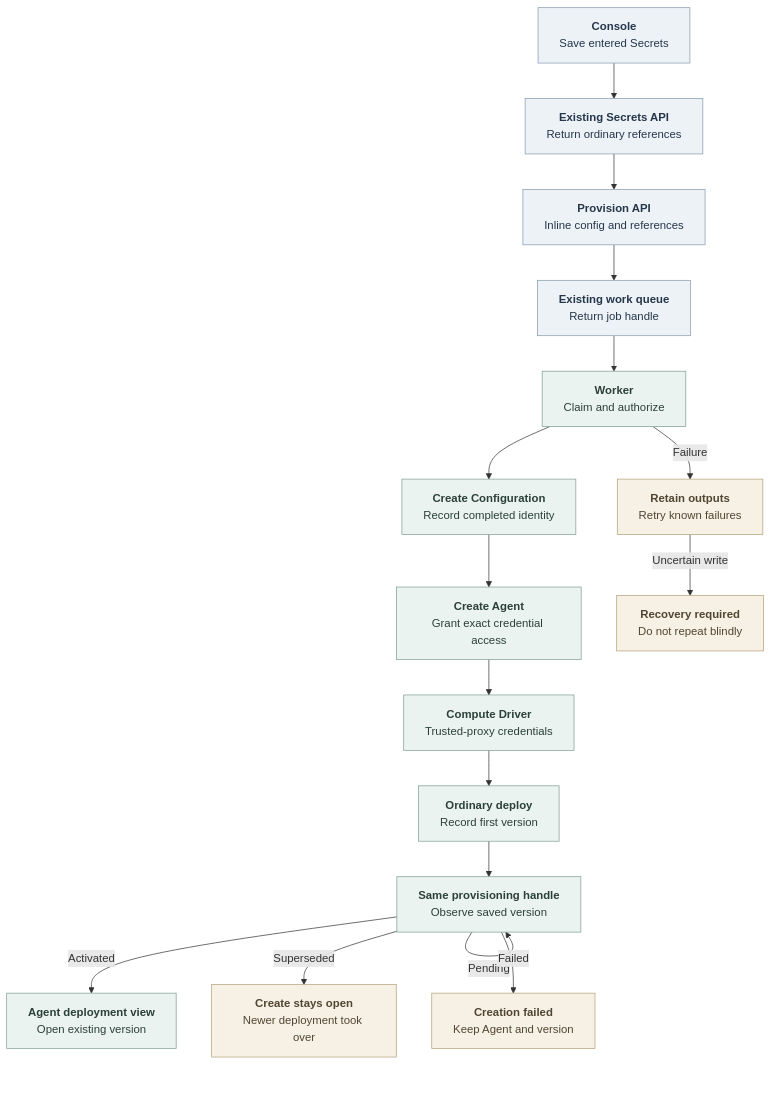
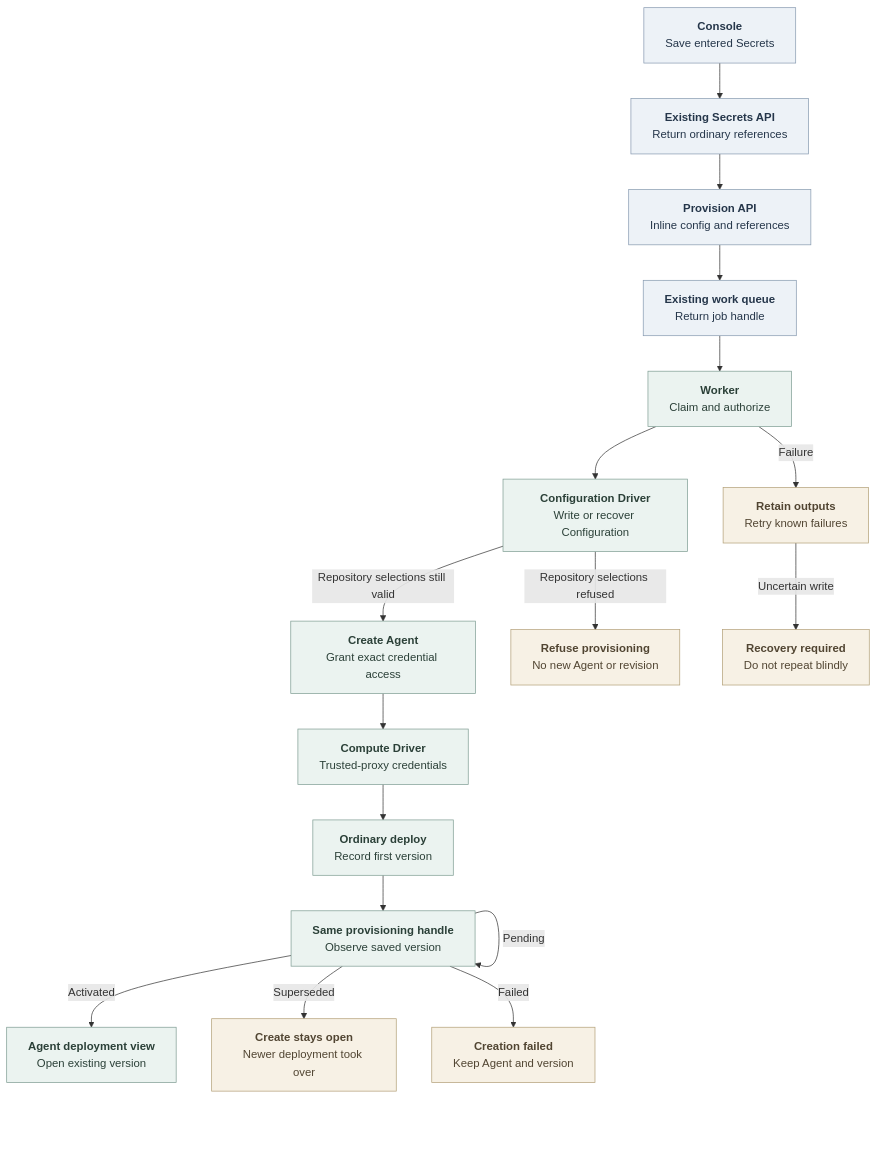
The diagram in docs/flows/agent-provisioning.md (openclaw/openclaw-enterprise), drawn with Mermaid before and after one commit. The commit also changed other lines of this file, not shown here.

Commit message:
docs: describe repository policy in queued provisioning

````diff
--- a/docs/flows/agent-provisioning.md
+++ b/docs/flows/agent-provisioning.md
@@ -25,25 +25,26 @@
 ```mermaid
 graph TD
   Console["<b>Console</b><br/>Save entered Secrets"] --> Secrets["<b>Existing Secrets API</b><br/>Return ordinary references"]
   Secrets --> API["<b>Provision API</b><br/>Inline config and references"]
   API --> Queue["<b>Existing work queue</b><br/>Return job handle"]
   Queue --> Claim["<b>Worker</b><br/>Claim and authorize"]
-  Claim --> Config["<b>Create Configuration</b><br/>Record completed identity"]
-  Config --> Agent["<b>Create Agent</b><br/>Grant exact credential access"]
+  Claim --> Config["<b>Configuration Driver</b><br/>Write or recover Configuration"]
+  Config -->|Repository selections still valid| Agent["<b>Create Agent</b><br/>Grant exact credential access"]
+  Config -->|Repository selections refused| RepoRefused["<b>Refuse provisioning</b><br/>No new Agent or revision"]
   Agent --> Transport["<b>Compute Driver</b><br/>Trusted-proxy credentials"]
   Transport --> Deploy["<b>Ordinary deploy</b><br/>Record first version"]
   Deploy --> Observe["<b>Same provisioning handle</b><br/>Observe saved version"]
   Observe -->|Pending| Observe
   Observe -->|Activated| UI["<b>Agent deployment view</b><br/>Open existing version"]
   Observe -->|Superseded| Superseded["<b>Create stays open</b><br/>Newer deployment took over"]
   Observe -->|Failed| Terminal["<b>Creation failed</b><br/>Keep Agent and version"]
   Claim -->|Failure| Failed["<b>Retain outputs</b><br/>Retry known failures"]
   Failed -->|Uncertain write| Recovery["<b>Recovery required</b><br/>Do not repeat blindly"]
 
   classDef state fill:#EDF2F7,stroke:#879AB0,color:#25364A,stroke-width:1px
   classDef operation fill:#EBF3F0,stroke:#7F9D93,color:#2B4038,stroke-width:1px
   classDef condition fill:#F7F1E5,stroke:#B3A078,color:#514532,stroke-width:1px
   class Console,Secrets,API,Queue state
   class Claim,Config,Agent,Transport,Deploy,Observe,UI operation
-  class Failed,Recovery,Terminal,Superseded condition
+  class Failed,Recovery,Terminal,Superseded,RepoRefused condition
 ```
````
